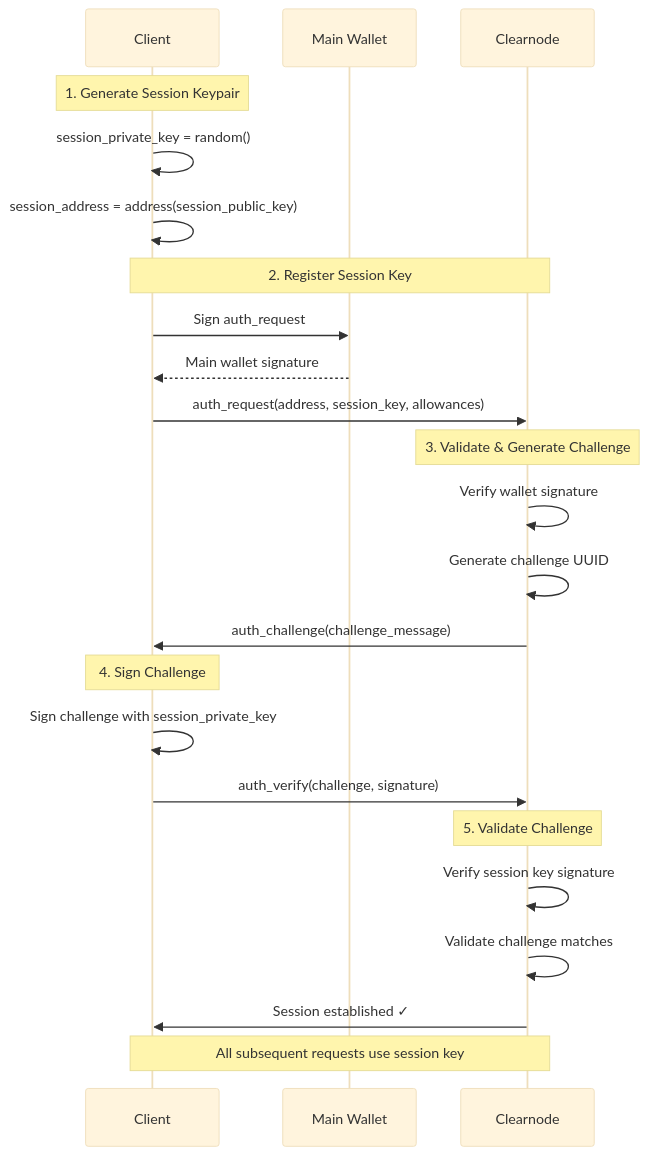
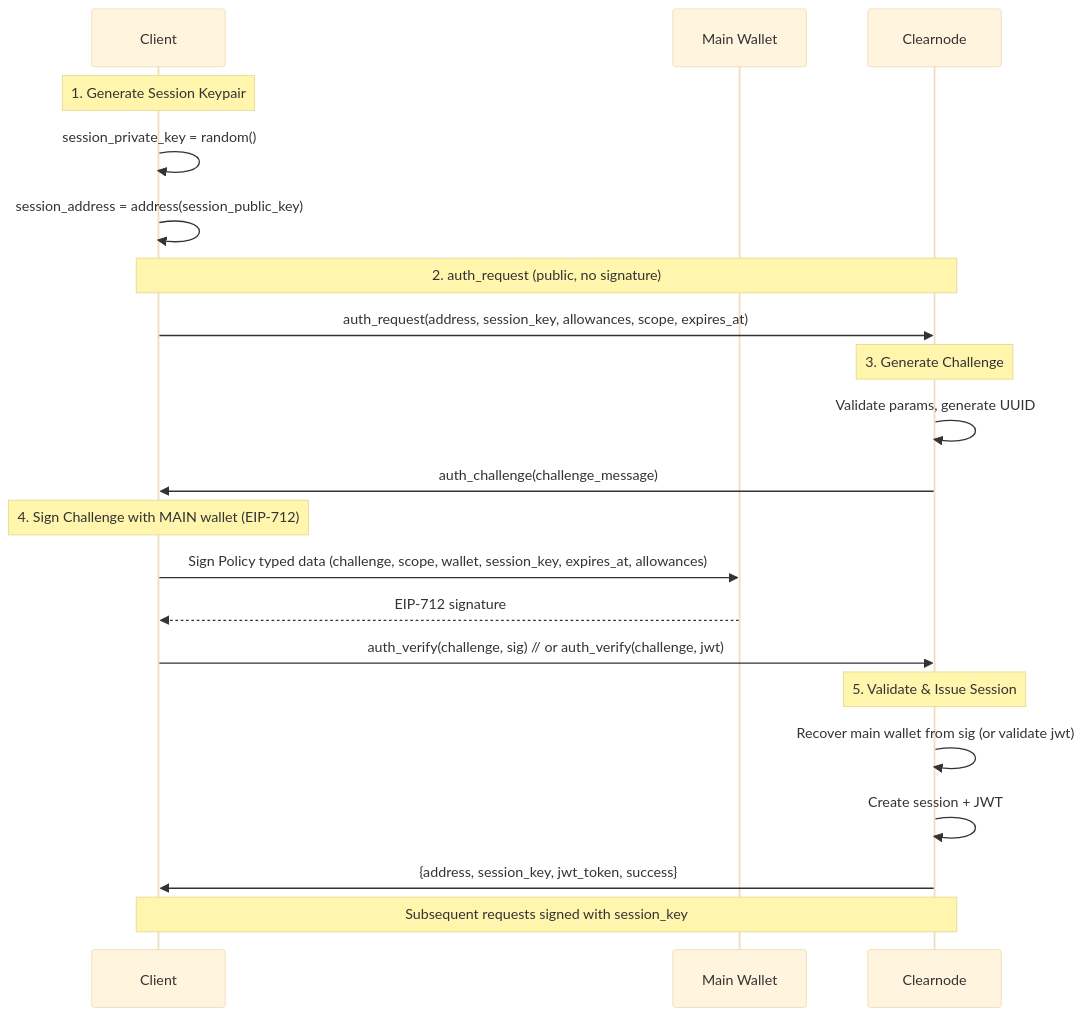
One commit to layer-3/docs changed the first of 6 diagrams in docs/protocol/communication-flows.mdx. Above: the diagram before and after it, drawn with Mermaid (base theme). The commit also changed other lines of this file and 11 other files, not shown here.

````diff
--- a/docs/protocol/communication-flows.mdx
+++ b/docs/protocol/communication-flows.mdx
@@ -38,34 +38,29 @@
 ```mermaid
 sequenceDiagram
     participant Client
     participant Wallet as Main Wallet
     participant Clearnode
     
     Note over Client: 1. Generate Session Keypair
     Client->>Client: session_private_key = random()
     Client->>Client: session_address = address(session_public_key)
     
-    Note over Client,Clearnode: 2. Register Session Key
-    Client->>Wallet: Sign auth_request
-    Wallet-->>Client: Main wallet signature
-    Client->>Clearnode: auth_request(address, session_key, allowances)
+    Note over Client,Clearnode: 2. auth_request (public, no signature)
+    Client->>Clearnode: auth_request(address, session_key, allowances, scope, expires_at)
     
-    Note over Clearnode: 3. Validate & Generate Challenge
-    Clearnode->>Clearnode: Verify wallet signature
-    Clearnode->>Clearnode: Generate challenge UUID
-    
+    Note over Clearnode: 3. Generate Challenge
+    Clearnode->>Clearnode: Validate params, generate UUID
     Clearnode->>Client: auth_challenge(challenge_message)
     
-    Note over Client: 4. Sign Challenge
-    Client->>Client: Sign challenge with session_private_key
+    Note over Client: 4. Sign Challenge with MAIN wallet (EIP-712)
+    Client->>Wallet: Sign Policy typed data (challenge, scope, wallet, session_key, expires_at, allowances)
+    Wallet-->>Client: EIP-712 signature
+    Client->>Clearnode: auth_verify(challenge, sig)  // or auth_verify(challenge, jwt)
     
-    Client->>Clearnode: auth_verify(challenge, signature)
+    Note over Clearnode: 5. Validate & Issue Session
+    Clearnode->>Clearnode: Recover main wallet from sig (or validate jwt)
+    Clearnode->>Clearnode: Create session + JWT
+    Clearnode->>Client: {address, session_key, jwt_token, success}
     
-    Note over Clearnode: 5. Validate Challenge
-    Clearnode->>Clearnode: Verify session key signature
-    Clearnode->>Clearnode: Validate challenge matches
-    
-    Clearnode->>Client: Session established ✓
-    
-    Note over Client,Clearnode: All subsequent requests use session key
+    Note over Client,Clearnode: Subsequent requests signed with session_key
 ```
````
